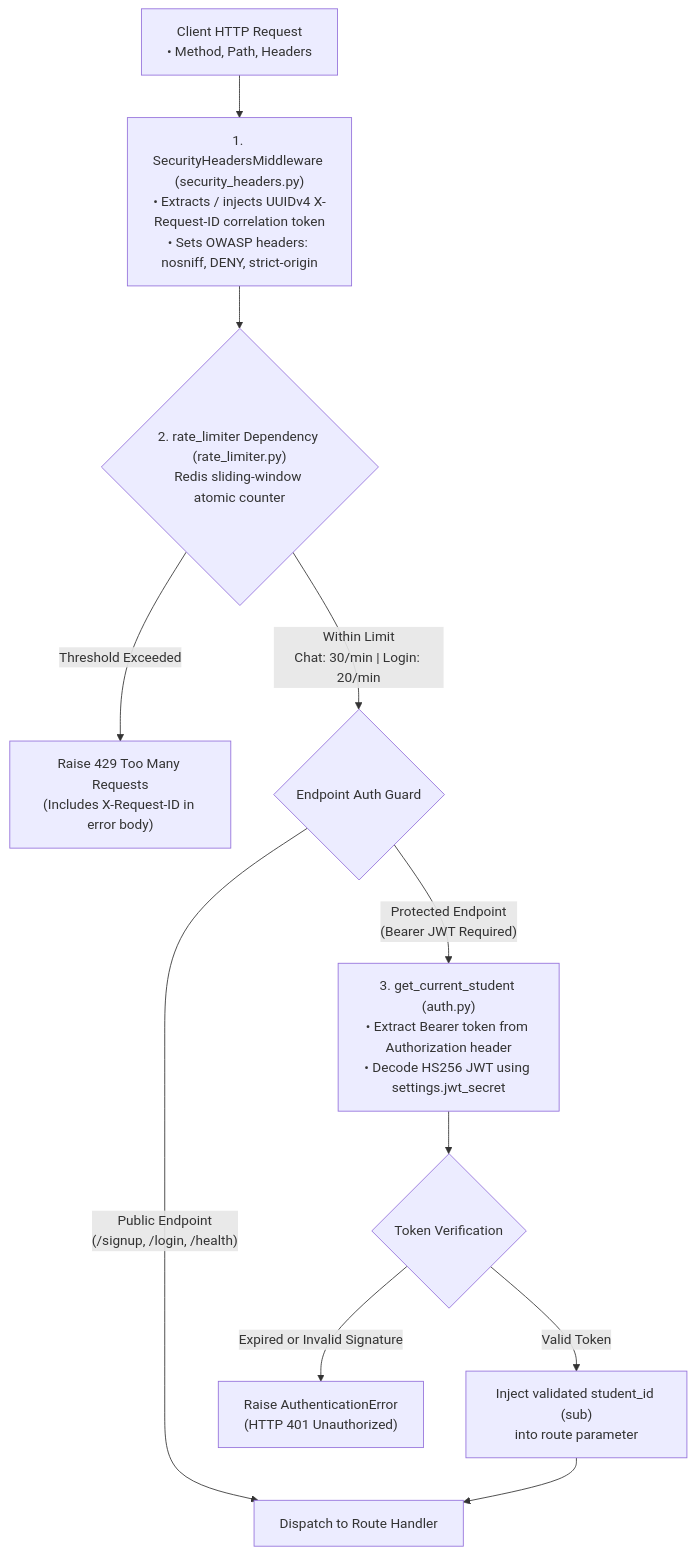
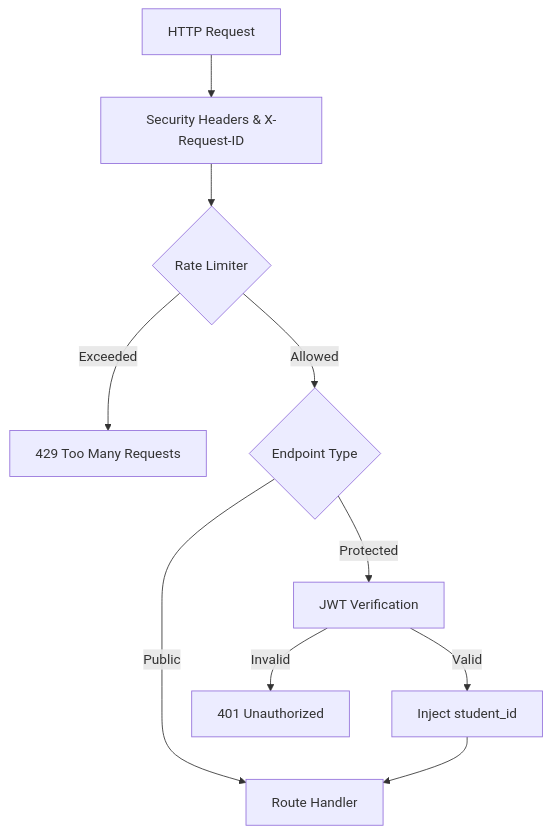
One commit to nakul-cloud/Intelligent_Student_Support_Agent changed the diagram in Intelligent_Student_Support_Agent/app/middlewares/README.md. Above: the diagram before and after it, drawn with Mermaid. The commit also changed 28 other files, not shown here.

Commit message:
feat: add Intelligent Student Support Agent backend with RAG and chat controllers

````diff
--- a/Intelligent_Student_Support_Agent/app/middlewares/README.md
+++ b/Intelligent_Student_Support_Agent/app/middlewares/README.md
@@ -9,19 +9,16 @@
 ```mermaid
 flowchart TD
-    Req["Client HTTP Request<br/>• Method, Path, Headers"] --> SecHeaders["1. SecurityHeadersMiddleware (security_headers.py)<br/>• Extracts / injects UUIDv4 X-Request-ID correlation token<br/>• Sets OWASP headers: nosniff, DENY, strict-origin"]
+    Req["HTTP Request"] --> SecHeaders["Security Headers & X-Request-ID"]
+    SecHeaders --> RateLimiter{"Rate Limiter"}
 
-    SecHeaders --> RateLimiter{"2. rate_limiter Dependency (rate_limiter.py)<br/>Redis sliding-window atomic counter"}
+    RateLimiter -- "Exceeded" --> Err429["429 Too Many Requests"]
+    RateLimiter -- "Allowed" --> AuthCheck{"Endpoint Type"}
 
-    RateLimiter -- "Threshold Exceeded" --> Err429["Raise 429 Too Many Requests<br/>(Includes X-Request-ID in error body)"]
-    RateLimiter -- "Within Limit<br/>Chat: 30/min | Login: 20/min" --> RouteType{"Endpoint Auth Guard"}
+    AuthCheck -- "Public" --> Handler["Route Handler"]
+    AuthCheck -- "Protected" --> JWT["JWT Verification"]
 
-    RouteType -- "Public Endpoint<br/>(/signup, /login, /health)" --> Handler["Dispatch to Route Handler"]
-
-    RouteType -- "Protected Endpoint<br/>(Bearer JWT Required)" --> AuthGuard["3. get_current_student (auth.py)<br/>• Extract Bearer token from Authorization header<br/>• Decode HS256 JWT using settings.jwt_secret"]
-
-    AuthGuard --> TokenVerify{"Token Verification"}
-    TokenVerify -- "Expired or Invalid Signature" --> Err401["Raise AuthenticationError<br/>(HTTP 401 Unauthorized)"]
-    TokenVerify -- "Valid Token" --> InjectUser["Inject validated student_id (sub)<br/>into route parameter"]
+    JWT -- "Valid" --> InjectUser["Inject student_id"]
+    JWT -- "Invalid" --> Err401["401 Unauthorized"]
 
     InjectUser --> Handler
 ```
````
